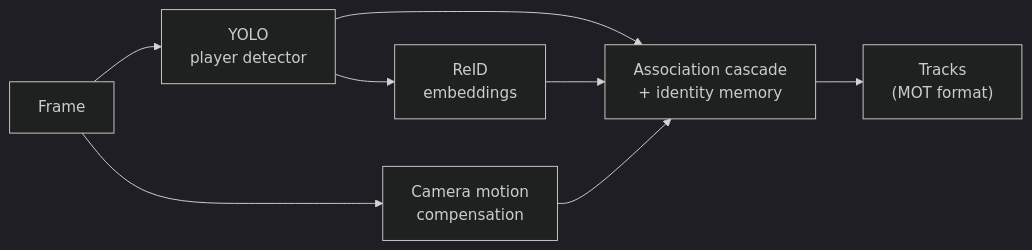
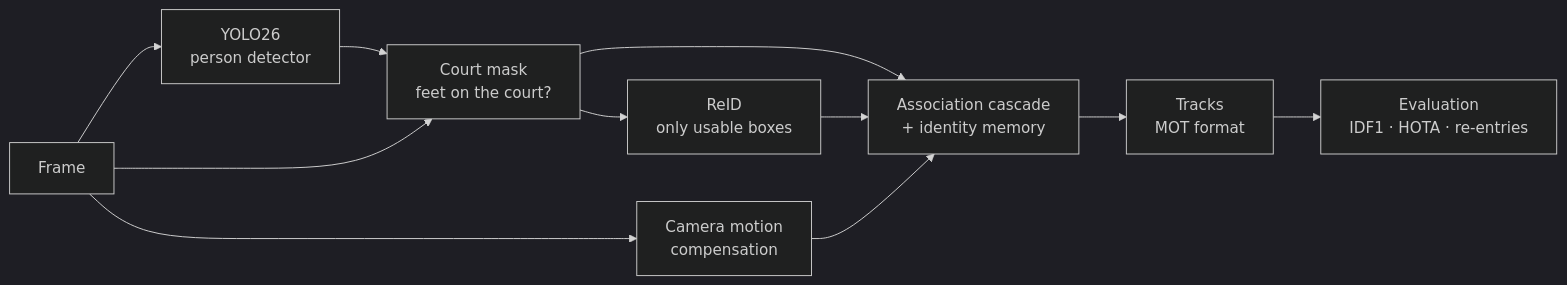
One commit to VaroLG/hoop-reid-tracker changed the diagram in README.md. Above: the diagram before and after it, drawn with Mermaid (dark theme). The commit also changed other lines of this file and 5 other files, not shown here.

Commit message:
README: project overview, results, demo GIF and before/after figure; TrackEval works without symlinks

````diff
--- a/README.md
+++ b/README.md
@@ -35,8 +74,11 @@
 ```mermaid
 flowchart LR
-    F["Frame"] --> D["YOLO<br/>player detector"]
-    D --> R["ReID<br/>embeddings"]
+    F["Frame"] --> D["YOLO26<br/>person detector"]
+    D --> C["Court mask<br/>feet on the court?"]
+    F --> C
+    C --> R["ReID<br/>only usable boxes"]
     F --> G["Camera motion<br/>compensation"]
-    D & R & G --> T["Association cascade<br/>+ identity memory"]
-    T --> O["Tracks<br/>(MOT format)"]
+    C & R & G --> T["Association cascade<br/>+ identity memory"]
+    T --> O["Tracks<br/>MOT format"]
+    O --> E["Evaluation<br/>IDF1 · HOTA · re-entries"]
 ```
````
